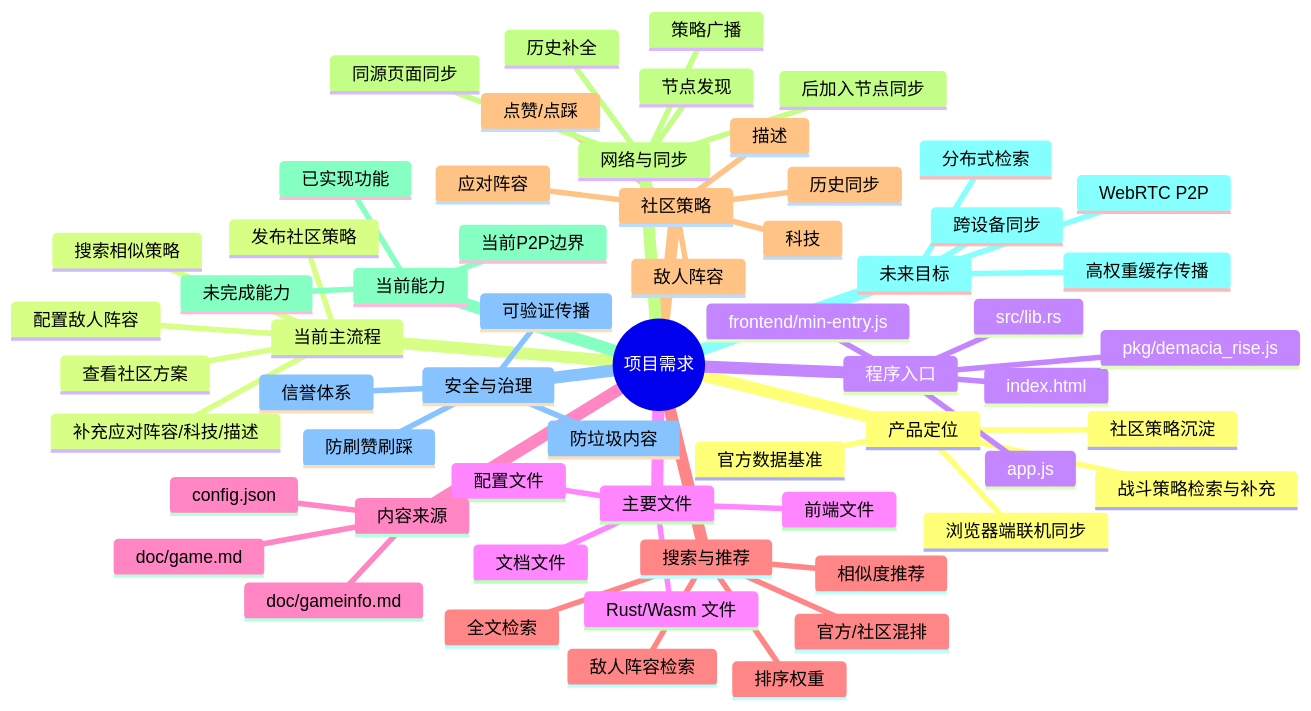
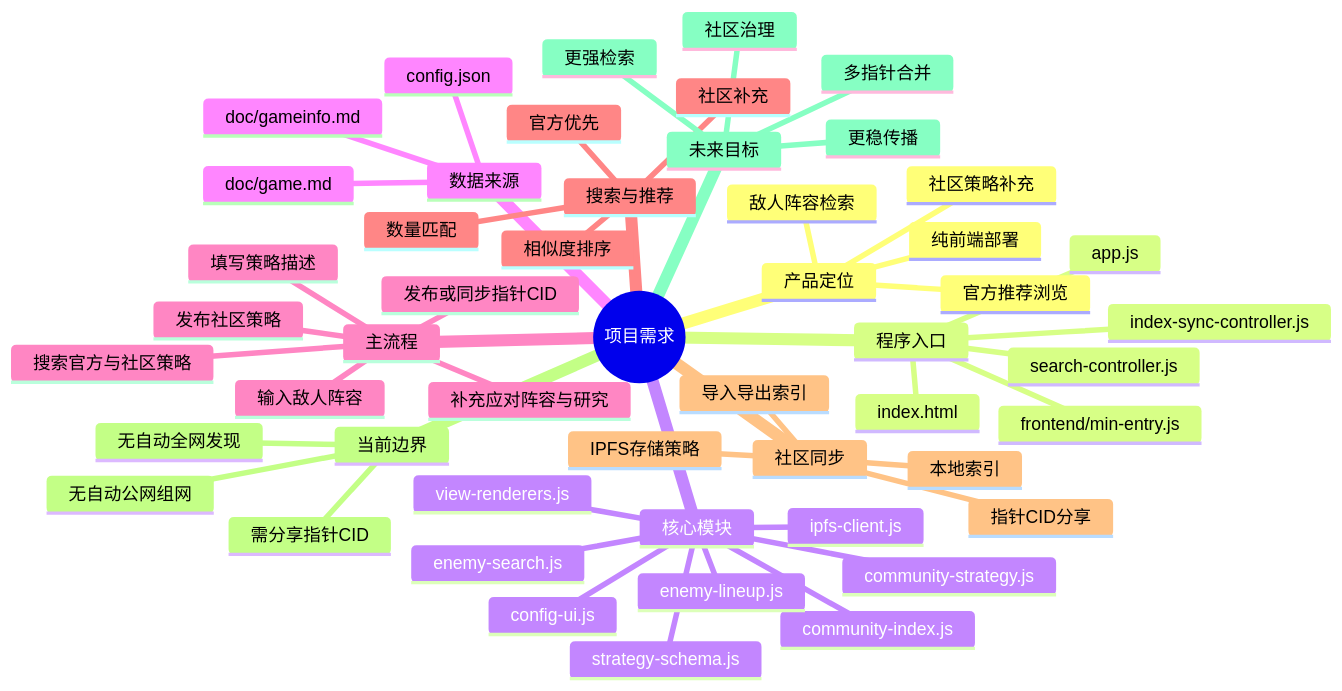
Before and after one commit to LY1806620741/demacia-rise-strategy-share: the diagram in need.md, drawn with Mermaid. The commit also changed other lines of this file and 16 other files, not shown here.

````diff
--- a/need.md
+++ b/need.md
@@ -377,63 +232,54 @@
 ```mermaid
 mindmap
   root((项目需求))
     产品定位
-      战斗策略检索与补充
-      官方数据基准
-      社区策略沉淀
-      浏览器端联机同步
-    当前主流程
-      配置敌人阵容
-      搜索相似策略
-      查看社区方案
-      补充应对阵容/科技/描述
-      发布社区策略
+      敌人阵容检索
+      官方推荐浏览
+      社区策略补充
+      纯前端部署
     程序入口
       index.html
       app.js
       frontend/min-entry.js
-      pkg/demacia_rise.js
-      src/lib.rs
-    主要文件
-      前端文件
-      Rust/Wasm 文件
-      配置文件
-      文档文件
-    内容来源
+      search-controller.js
+      index-sync-controller.js
+    核心模块
+      community-strategy.js
+      community-index.js
+      ipfs-client.js
+      strategy-schema.js
+      enemy-lineup.js
+      enemy-search.js
+      config-ui.js
+      view-renderers.js
+    数据来源
       config.json
       doc/gameinfo.md
       doc/game.md
+    主流程
+      输入敌人阵容
+      搜索官方与社区策略
+      补充应对阵容与研究
+      填写策略描述
+      发布社区策略
+      发布或同步指针CID
     搜索与推荐
-      敌人阵容检索
-      相似度推荐
-      全文检索
-      官方/社区混排
-      排序权重
-    社区策略
-      敌人阵容
-      应对阵容
-      科技
-      描述
-      点赞/点踩
-      历史同步
-    网络与同步
-      同源页面同步
-      节点发现
-      策略广播
-      历史补全
-      后加入节点同步
-    当前能力
-      已实现功能
-      当前P2P边界
-      未完成能力
+      官方优先
+      社区补充
+      数量匹配
+      相似度排序
+    社区同步
+      IPFS存储策略
+      本地索引
+      指针CID分享
+      导入导出索引
+    当前边界
+      无自动全网发现
+      无自动公网组网
+      需分享指针CID
     未来目标
-      WebRTC P2P
-      跨设备同步
-      分布式检索
-      高权重缓存传播
-    安全与治理
-      防垃圾内容
-      防刷赞刷踩
-      信誉体系
-      可验证传播
+      多指针合并
+      更强检索
+      更稳传播
+      社区治理
 ```
````
